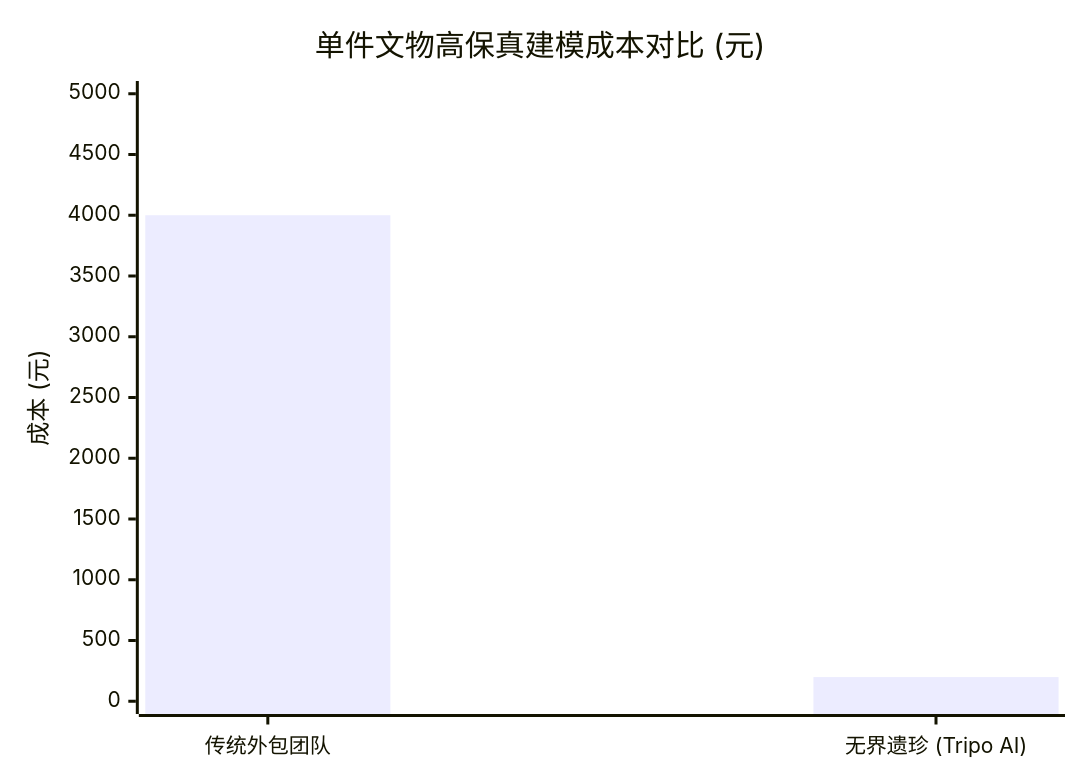
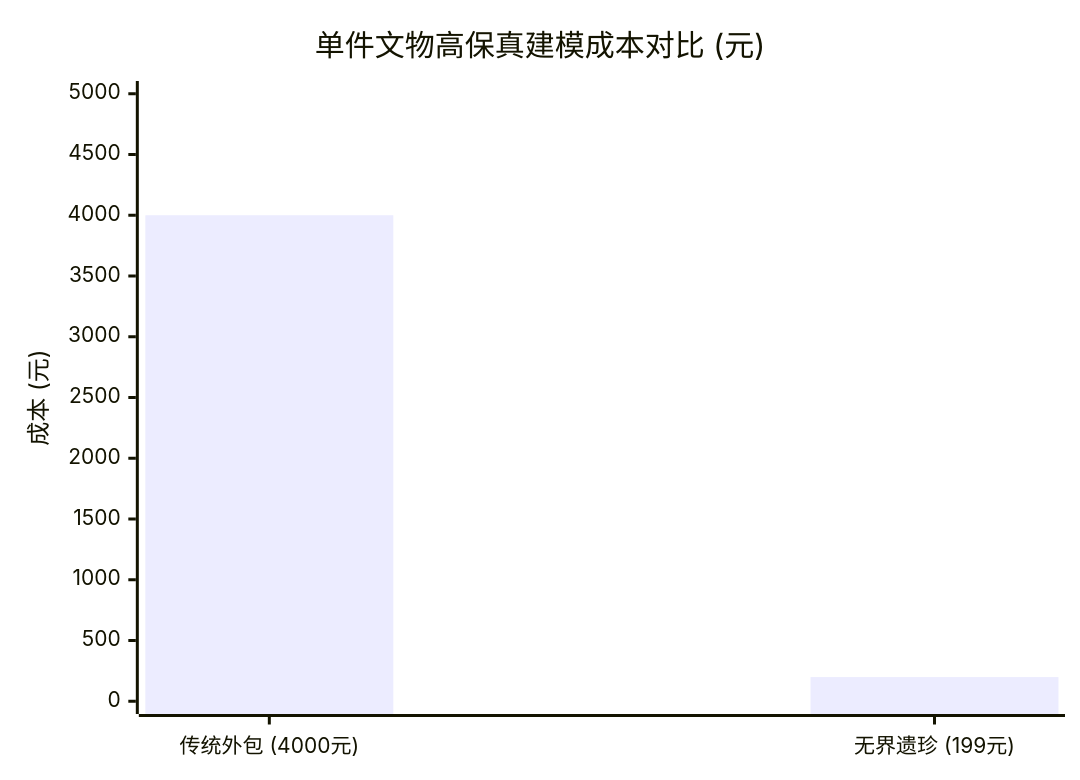
One commit to mayouer123456/Boundless_Treasures_BP changed the third of 8 diagrams in Data_Visualizations_Boundless_Treasures.md. Above: the diagram before and after it, drawn with Mermaid. The commit also changed other lines of this file, not shown here.

Commit message:
Enhance charts with visible labels and data tables

````diff
--- a/Data_Visualizations_Boundless_Treasures.md
+++ b/Data_Visualizations_Boundless_Treasures.md
@@ -31,7 +31,7 @@
 ```mermaid
 xychart-beta
     title "单件文物高保真建模成本对比 (元)"
-    x-axis ["传统外包团队", "无界遗珍 (Tripo AI)"]
+    x-axis ["传统外包 (4000元)", "无界遗珍 (199元)"]
     y-axis "成本 (元)" 0 --> 5000
     bar [4000, 199]
 ```
````
